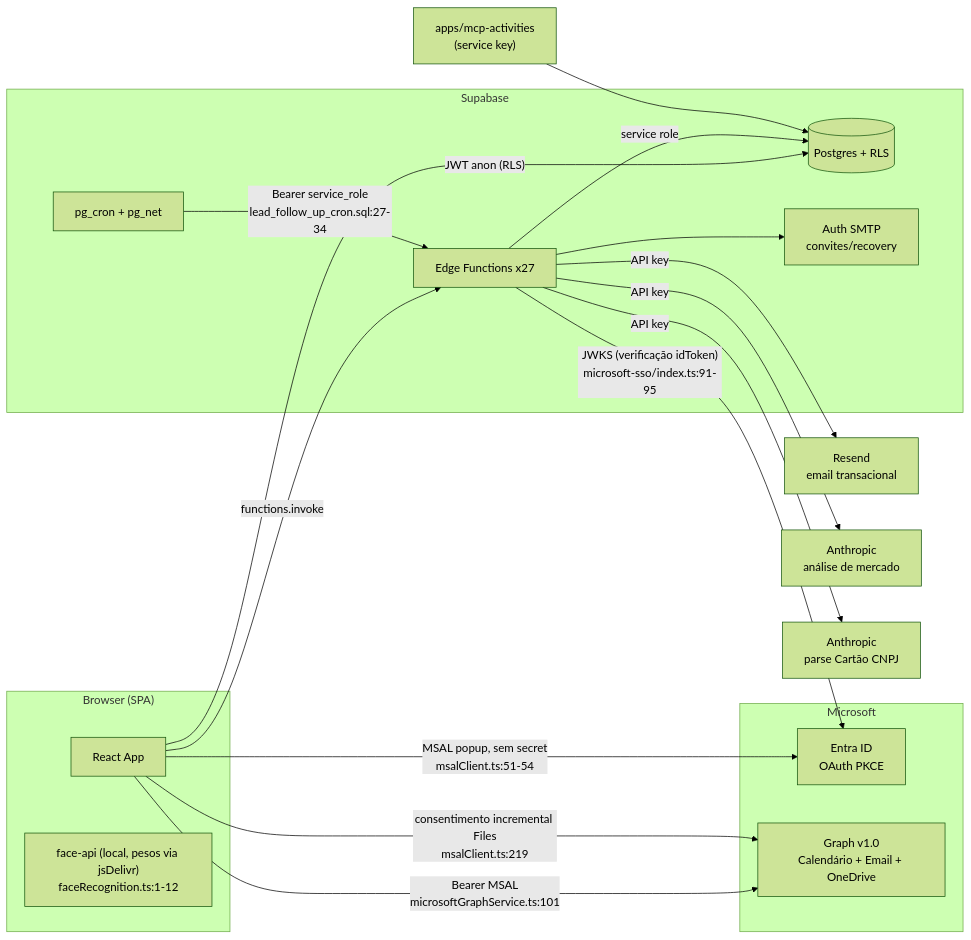
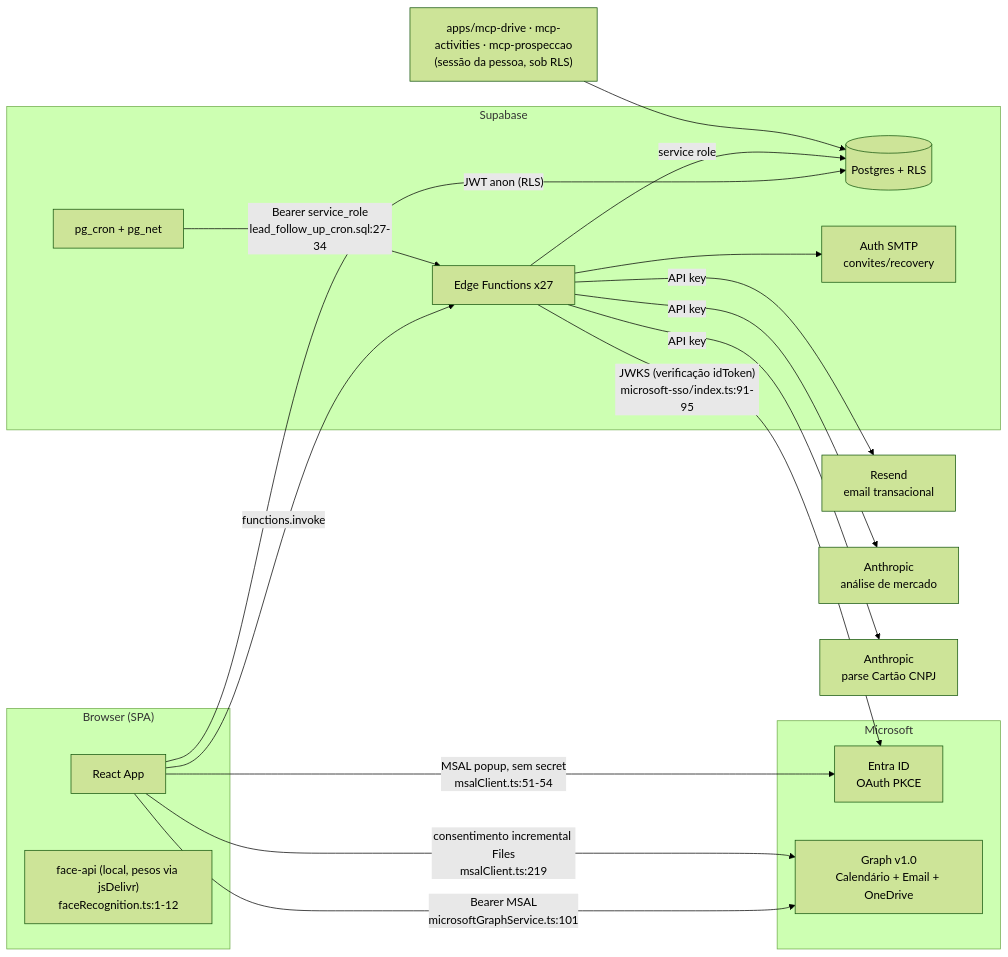
The diagram in .harness/docs/architecture/integrations.md (Origami-Lab-Organization/og-pulse), drawn with Mermaid (forest theme) before and after one commit. The commit also changed other lines of this file and 19 other files, not shown here.

````diff
--- a/.harness/docs/architecture/integrations.md
+++ b/.harness/docs/architecture/integrations.md
@@ -24,37 +25,37 @@
 ```mermaid
 flowchart LR
     subgraph Browser["Browser (SPA)"]
         SPA[React App]
         FACE["face-api (local, pesos via jsDelivr)<br/>faceRecognition.ts:1-12"]
     end
 
     subgraph Supabase
         REST[(Postgres + RLS)]
         EF[Edge Functions x27]
         CRON[pg_cron + pg_net]
         SMTP[Auth SMTP<br/>convites/recovery]
     end
 
     subgraph Microsoft
         ENTRA[Entra ID<br/>OAuth PKCE]
         GRAPH[Graph v1.0<br/>Calendário + Email + OneDrive]
     end
 
     EXT1[Resend<br/>email transacional]
     EXT2[Anthropic<br/>análise de mercado]
     EXT3[Anthropic<br/>parse Cartão CNPJ]
 
     SPA -->|"JWT anon (RLS)"| REST
     SPA -->|functions.invoke| EF
     SPA -->|"MSAL popup, sem secret<br/>msalClient.ts:51-54"| ENTRA
     SPA -->|"Bearer MSAL<br/>microsoftGraphService.ts:101"| GRAPH
     SPA -->|"consentimento incremental Files<br/>msalClient.ts:219"| GRAPH
     CRON -->|"Bearer service_role<br/>lead_follow_up_cron.sql:27-34"| EF
     EF -->|service role| REST
     EF -->|"JWKS (verificação idToken)<br/>microsoft-sso/index.ts:91-95"| ENTRA
     EF -->|API key| EXT1
     EF -->|API key| EXT2
     EF -->|API key| EXT3
     EF --> SMTP
-    MCP["apps/mcp-activities<br/>(service key)"] --> REST
+    MCP["apps/mcp-drive · mcp-activities · mcp-prospeccao<br/>(sessão da pessoa, sob RLS)"] --> REST
 ```
````
